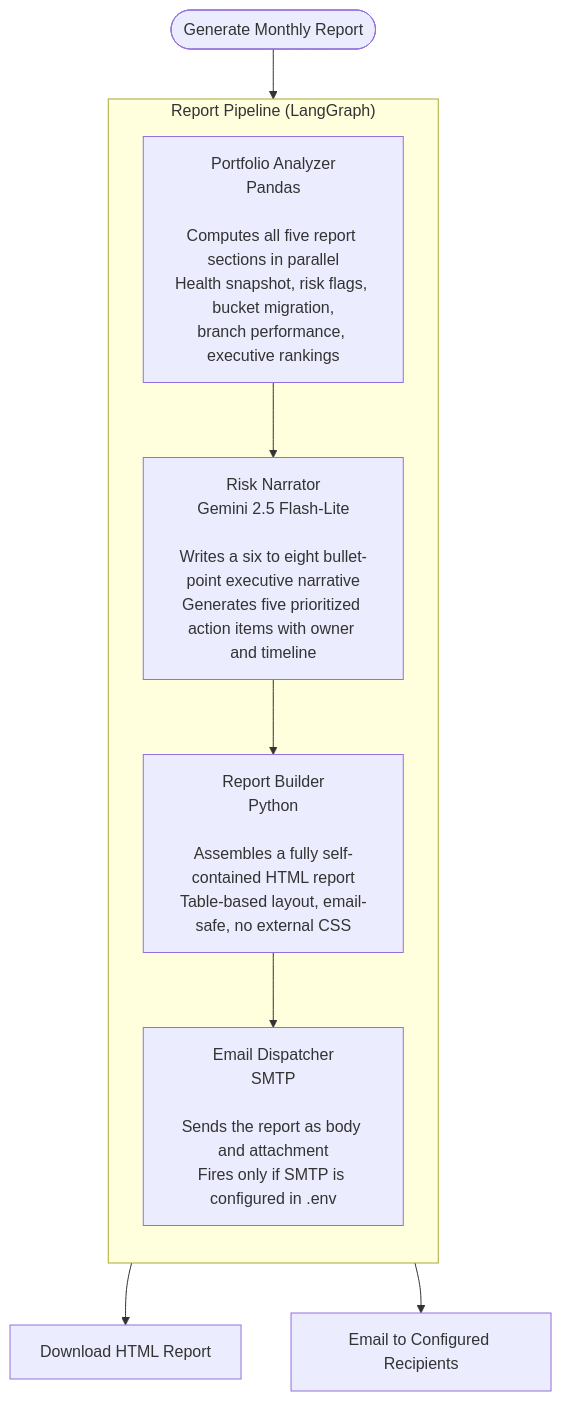
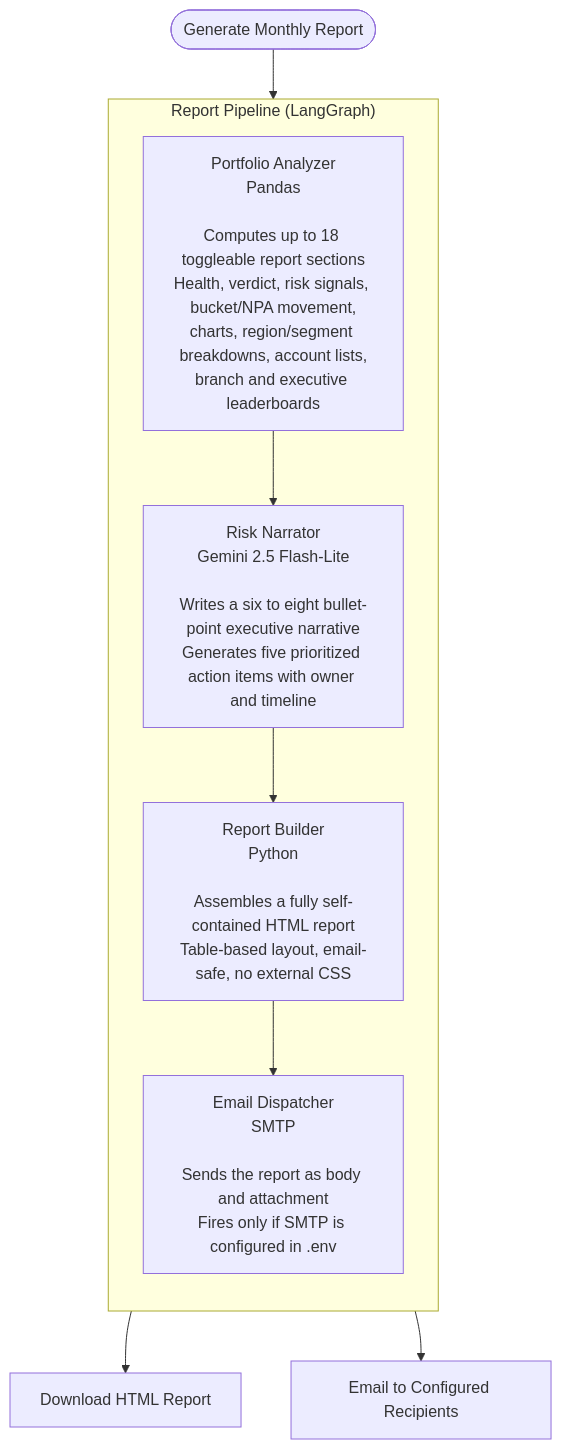
Before and after one commit to Sanjay-00/CollectionIQ: the second of 3 diagrams in CLAUDE.md, drawn with Mermaid. The commit also changed other lines of this file and 2 other files, not shown here.

````diff
--- a/CLAUDE.md
+++ b/CLAUDE.md
@@ -116,18 +152,18 @@
 ```mermaid
 flowchart TD
     Trigger(["Generate Monthly Report"])
 
     Trigger --> PA
 
     subgraph RP ["  Report Pipeline  (LangGraph)  "]
         direction TB
-        PA["Portfolio Analyzer\nPandas\n\nComputes all five report sections in parallel\nHealth snapshot, risk flags, bucket migration,\nbranch performance, executive rankings"]
+        PA["Portfolio Analyzer\nPandas\n\nComputes up to 18 toggleable report sections\nHealth, verdict, risk signals, bucket/NPA movement,\ncharts, region/segment breakdowns, account lists,\nbranch and executive leaderboards"]
         RN["Risk Narrator\nGemini 2.5 Flash-Lite\n\nWrites a six to eight bullet-point executive narrative\nGenerates five prioritized action items with owner and timeline"]
         RB["Report Builder\nPython\n\nAssembles a fully self-contained HTML report\nTable-based layout, email-safe, no external CSS"]
         ED["Email Dispatcher\nSMTP\n\nSends the report as body and attachment\nFires only if SMTP is configured in .env"]
         PA --> RN --> RB --> ED
     end
 
     RB --> DL["Download HTML Report"]
     ED --> EM["Email to Configured Recipients"]
 ```
````
